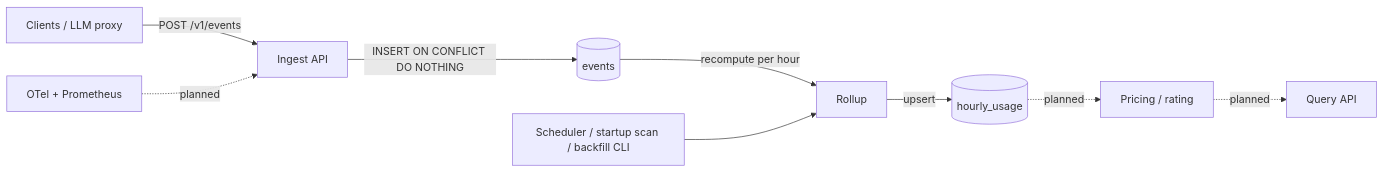
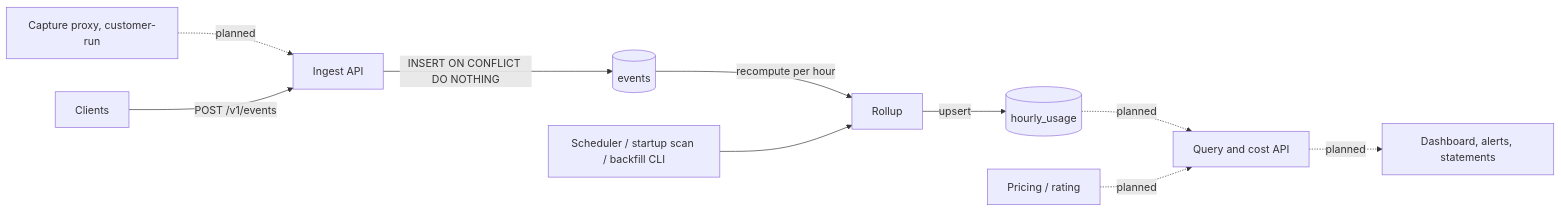
Before and after one commit to CheeseBurger7/llm-usage-meter: the diagram in README.md, drawn with Mermaid. The commit also changed other lines of this file, not shown here.

````diff
--- a/README.md
+++ b/README.md
@@ -66,11 +70,12 @@
 ```mermaid
 flowchart LR
-    C[Clients / LLM proxy] -->|POST /v1/events| I[Ingest API]
+    X[Capture proxy, customer-run] -.->|planned| I
+    C[Clients] -->|POST /v1/events| I[Ingest API]
     I -->|INSERT ON CONFLICT DO NOTHING| E[(events)]
     E -->|recompute per hour| R[Rollup]
     S[Scheduler / startup scan / backfill CLI] --> R
     R -->|upsert| H[(hourly_usage)]
-    H -.->|planned| P[Pricing / rating]
-    P -.->|planned| Q[Query API]
-    O[OTel + Prometheus] -.->|planned| I
+    H -.->|planned| Q[Query and cost API]
+    P[Pricing / rating] -.->|planned| Q
+    Q -.->|planned| D[Dashboard, alerts, statements]
 ```
````
